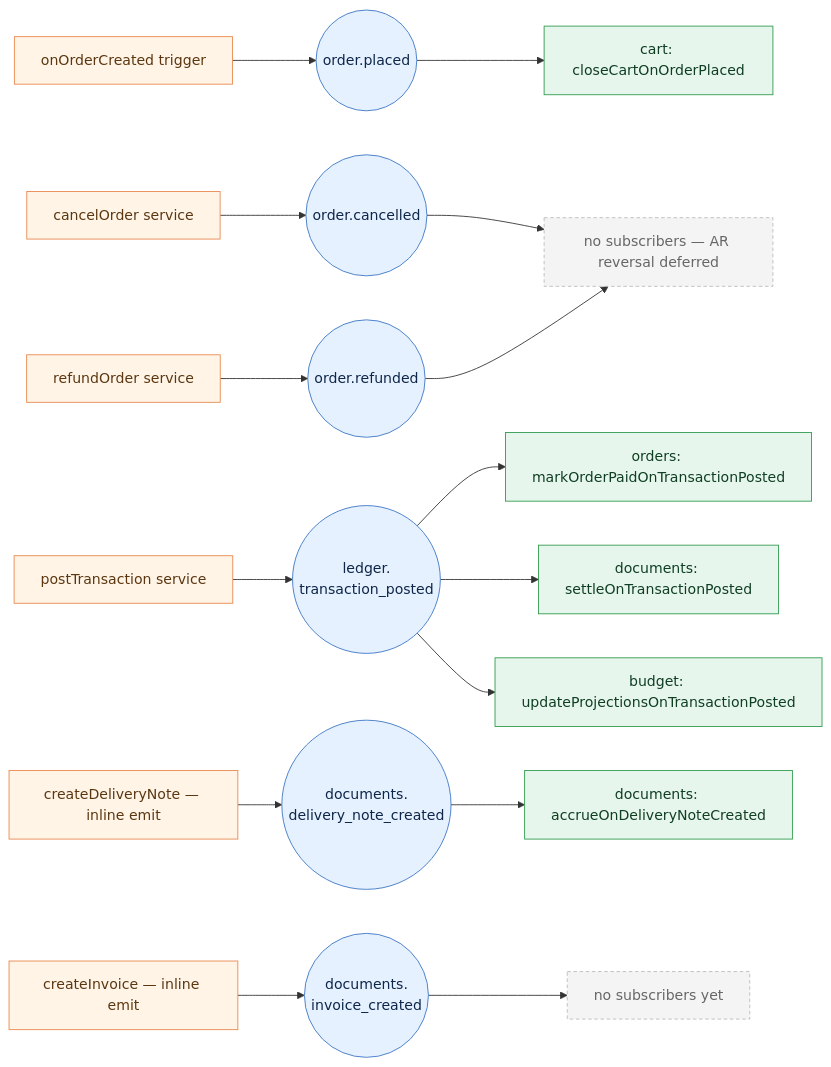
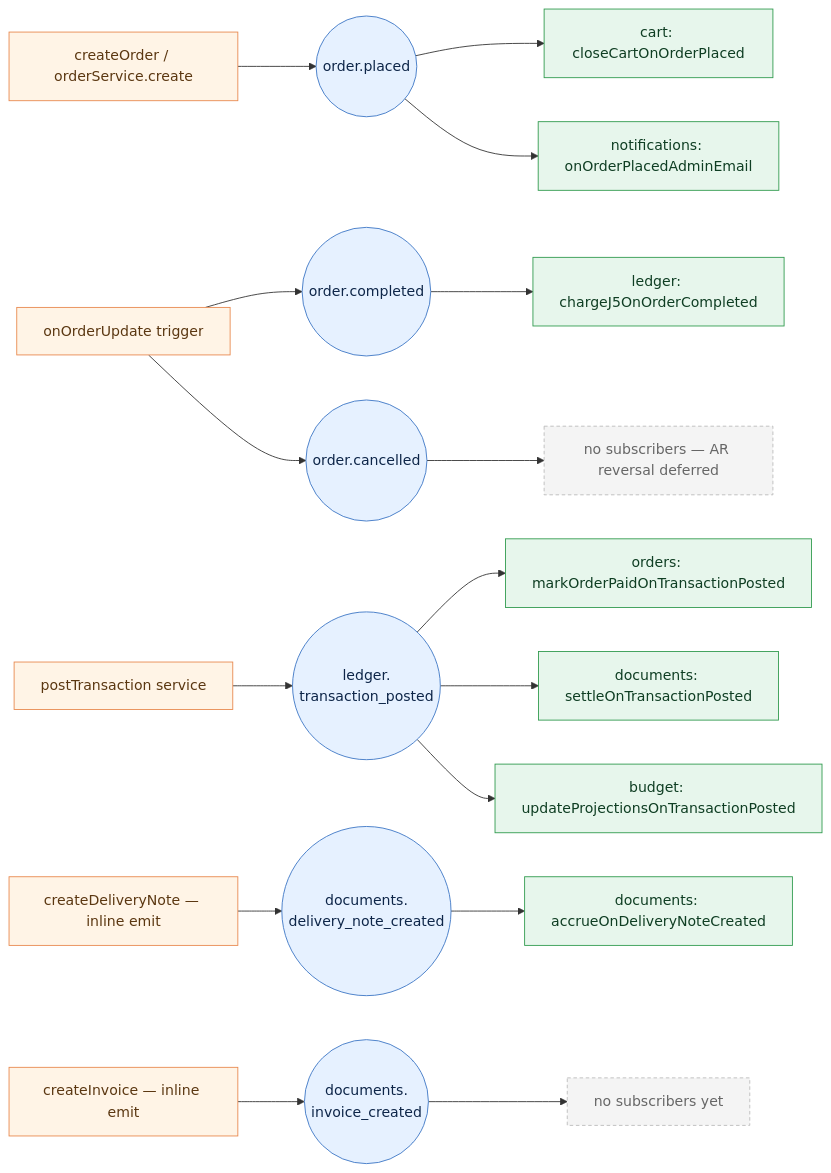
The diagram in apps/docs/docs/architecture/event-system.md (jsdev-ninja/stores), drawn with Mermaid before and after one commit. The commit also changed other lines of this file and 18 other files, not shown here.

Commit message:
feat: implement order completed event and automate J5 payment processing via new ledger subscriber

````diff
--- a/apps/docs/docs/architecture/event-system.md
+++ b/apps/docs/docs/architecture/event-system.md
@@ -30,53 +30,55 @@
 ```mermaid
 graph LR
   %% emitters
-  E1[onOrderCreated trigger]
-  E2[cancelOrder service]
-  E3[refundOrder service]
+  E1[createOrder / orderService.create]
+  E2[onOrderUpdate trigger]
   E4[postTransaction service]
   E5[createDeliveryNote — inline emit]
   E6[createInvoice — inline emit]
 
   %% events
   OP(("order.placed"))
+  OCMP(("order.completed"))
   OC(("order.cancelled"))
-  OR(("order.refunded"))
   TP(("ledger.<br/>transaction_posted"))
   DNC(("documents.<br/>delivery_note_created"))
   IC(("documents.<br/>invoice_created"))
 
   %% subscribers
   S1[cart: closeCartOnOrderPlaced]
+  S2[notifications: onOrderPlacedAdminEmail]
+  SJ[ledger: chargeJ5OnOrderCompleted]
   S5[orders: markOrderPaidOnTransactionPosted]
   S6[documents: settleOnTransactionPosted]
   S7[budget: updateProjectionsOnTransactionPosted]
   S8[documents: accrueOnDeliveryNoteCreated]
   N1[no subscribers — AR reversal deferred]
   N2[no subscribers yet]
 
   E1 --> OP
+  E2 --> OCMP
   E2 --> OC
-  E3 --> OR
   E4 --> TP
   E5 --> DNC
   E6 --> IC
 
   OP --> S1
+  OP --> S2
+  OCMP --> SJ
   OC --> N1
-  OR --> N1
   TP --> S5
   TP --> S6
   TP --> S7
   DNC --> S8
   IC --> N2
 
   classDef emitter fill:#fff4e6,stroke:#e8884e,color:#5b3711
   classDef event fill:#e6f1ff,stroke:#3b75c4,color:#0e2649
   classDef subscriber fill:#e7f6ec,stroke:#2f9a4d,color:#0f3e23
   classDef none fill:#f4f4f4,stroke:#bbb,stroke-dasharray:4 3,color:#666
 
-  class E1,E2,E3,E4,E5,E6 emitter
-  class OP,OC,OR,TP,DNC,IC event
-  class S1,S5,S6,S7,S8 subscriber
+  class E1,E2,E4,E5,E6 emitter
+  class OP,OCMP,OC,TP,DNC,IC event
+  class S1,S2,SJ,S5,S6,S7,S8 subscriber
   class N1,N2 none
 ```
````
